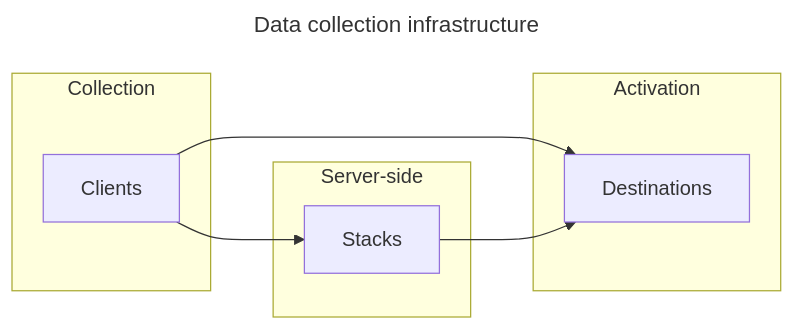
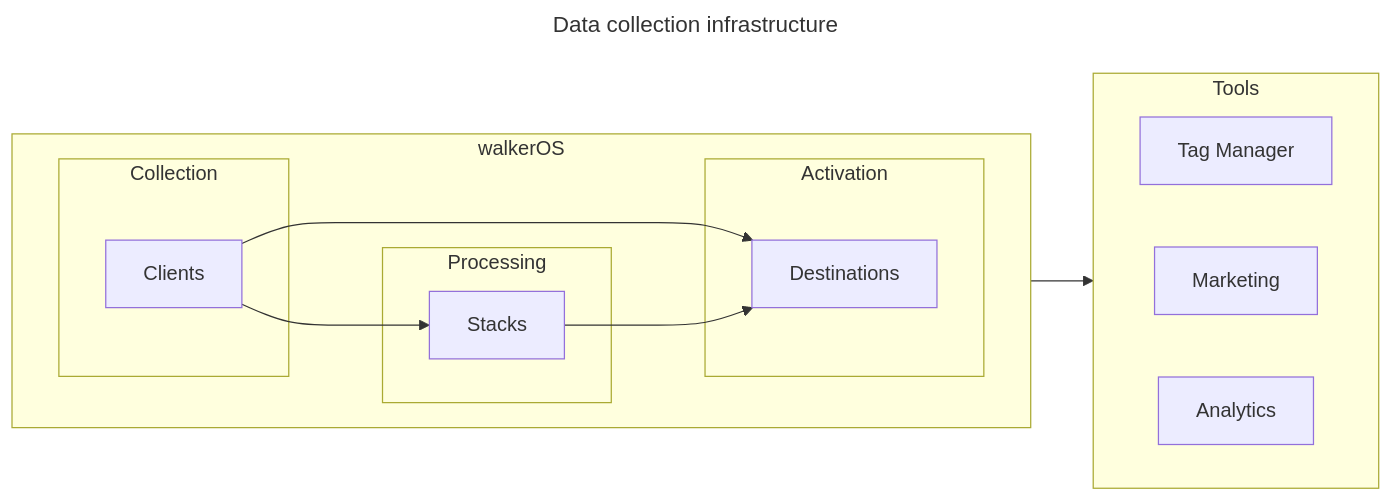
Before and after one commit to elbwalker/walkerOS: the first of 2 diagrams in website/docs/walkeros/index.mdx, drawn with Mermaid. The commit also changed other lines of this file and 1 other file, not shown here.

````diff
--- a/website/docs/walkeros/index.mdx
+++ b/website/docs/walkeros/index.mdx
@@ -50,21 +51,32 @@
 ```mermaid
 ---
 title: Data collection infrastructure
 ---
 flowchart LR
-  subgraph Collection
-    Clients
+  subgraph walkerOS
+    direction LR
+    subgraph Collection
+        Clients
+    end
+    subgraph Processing
+        Stacks
+    end
+    subgraph Activation
+        Destinations
+    end
+    %%Utils
   end
-  subgraph Server-side
-    Stacks
-  end
-  subgraph Activation
-    Destinations
+  subgraph Tools
+    direction LR
+    tag["Tag Manager"]
+    marketing["Marketing"]
+    analytics["Analytics"]
   end
   Clients --> Destinations
   Clients --> Stacks
   Stacks --> Destinations
+  Destinations --> Tools
   click Clients "/docs/clients"
   click Stacks "/docs/stacks"
   click Destinations "/docs/destinations"
 ```
````
